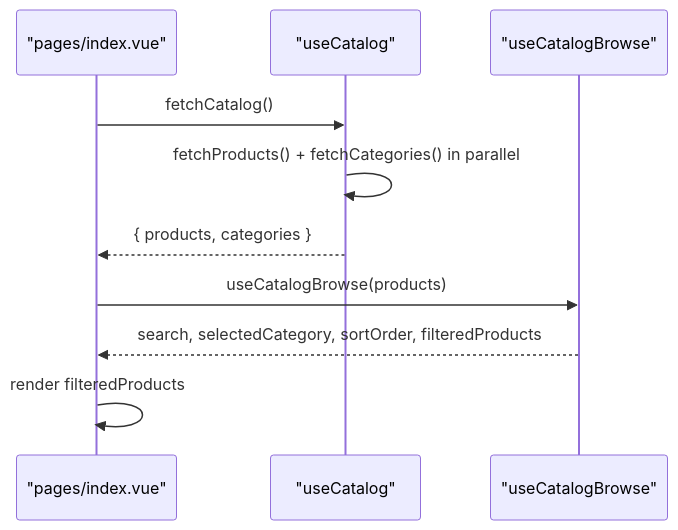
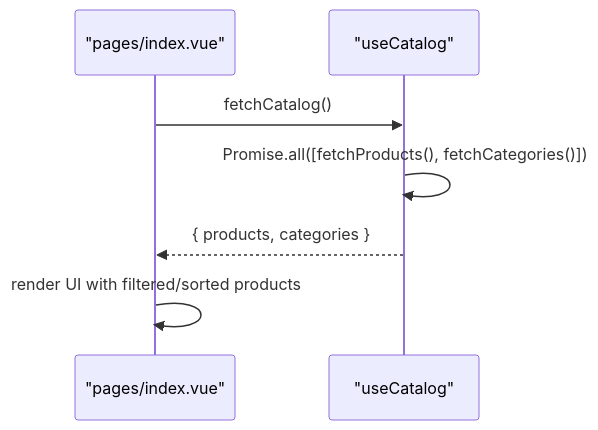
The seventh of 9 diagrams in .qoder/repowiki/en/content/Business Logic & Composables/Catalog Composable.md (RaccoonPie-314/Raccoon-Gear-Bin), drawn with Mermaid before and after one commit. The commit also changed other lines of this file and 65 other files, not shown here.

````diff
--- a/.qoder/repowiki/en/content/Business Logic & Composables/Catalog Composable.md
+++ b/.qoder/repowiki/en/content/Business Logic & Composables/Catalog Composable.md
@@ -315,12 +359,9 @@
 ```mermaid
 sequenceDiagram
 participant Page as "pages/index.vue"
 participant Cat as "useCatalog"
-participant Browse as "useCatalogBrowse"
 Page->>Cat : fetchCatalog()
-Cat->>Cat : fetchProducts() + fetchCategories() in parallel
+Cat->>Cat : Promise.all([fetchProducts(), fetchCategories()])
 Cat-->>Page : { products, categories }
-Page->>Browse : useCatalogBrowse(products)
-Browse-->>Page : search, selectedCategory, sortOrder, filteredProducts
-Page->>Page : render filteredProducts
+Page->>Page : render UI with filtered/sorted products
 ```
````
